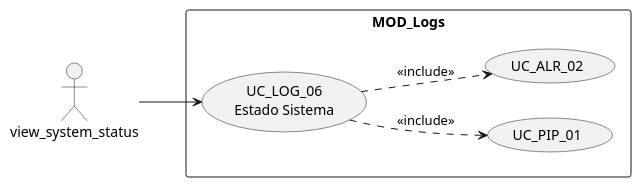
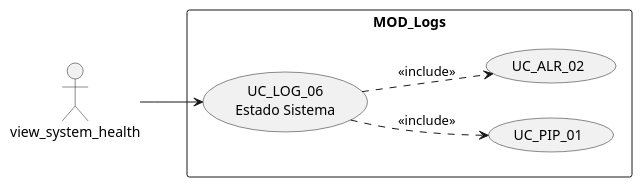
Before and after one commit to jcg-admin/IACT-docs: the first of 4 diagrams in source/requisitos/casos-uso/logs/uc-log-06/diagramas-uml.rst, drawn with PlantUML. The commit also changed 157 other files, not shown here.

First line of the commit message:
Enforce catalog function names across all diagrams

```diff
--- a/source/requisitos/casos-uso/logs/uc-log-06/diagramas-uml.rst
+++ b/source/requisitos/casos-uso/logs/uc-log-06/diagramas-uml.rst
@@ -10,14 +10,14 @@
 .. uml::
 
  @startuml
  left to right direction
- actor "view_system_status" as USR
+ actor "view_system_health" as USR
  rectangle "MOD_Logs" {
    usecase "UC_LOG_06\nEstado Sistema" as UC06
    usecase "UC_PIP_01" as P
    usecase "UC_ALR_02" as A
  }
  USR --> UC06
  UC06 ..> P : <<include>>
  UC06 ..> A : <<include>>
  @enduml
```
